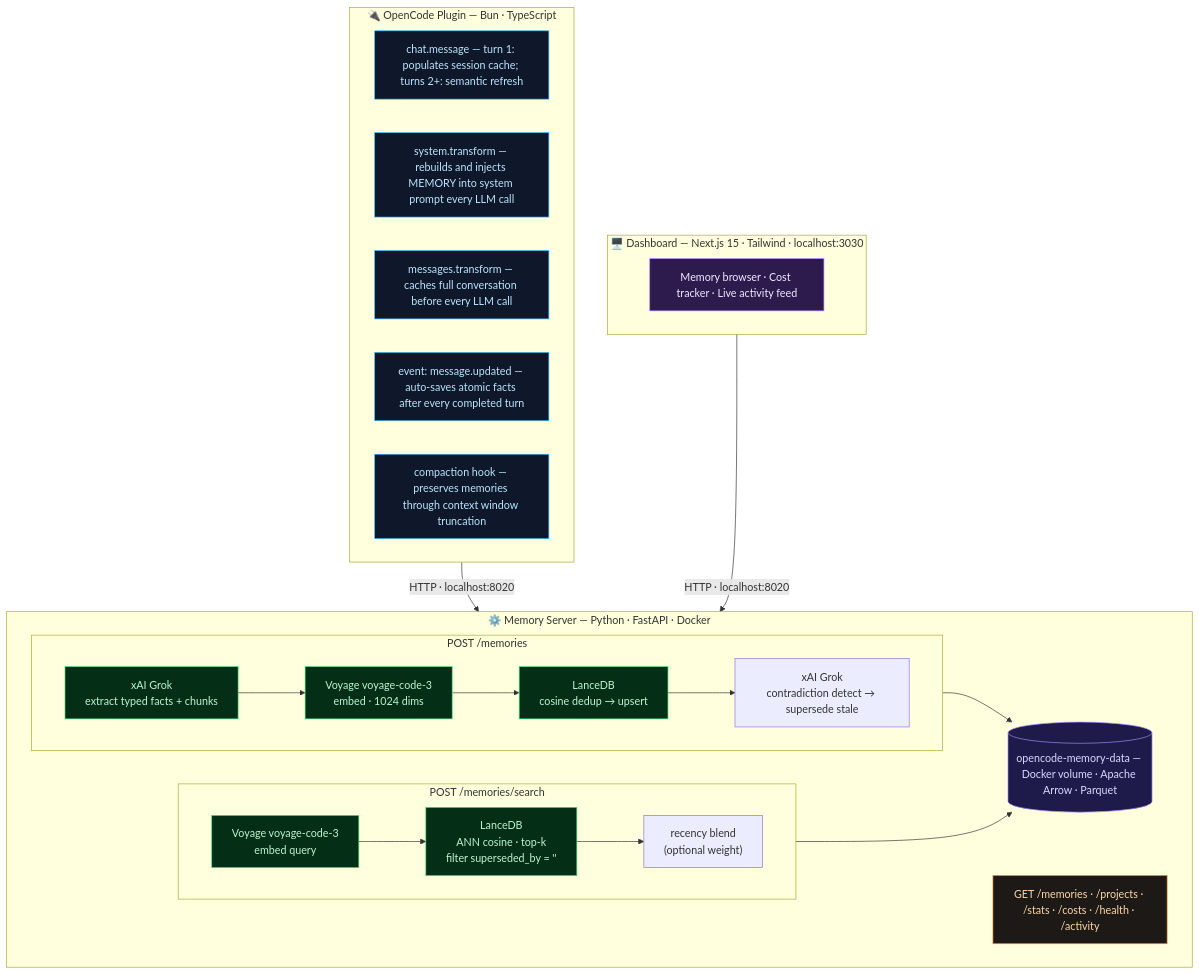
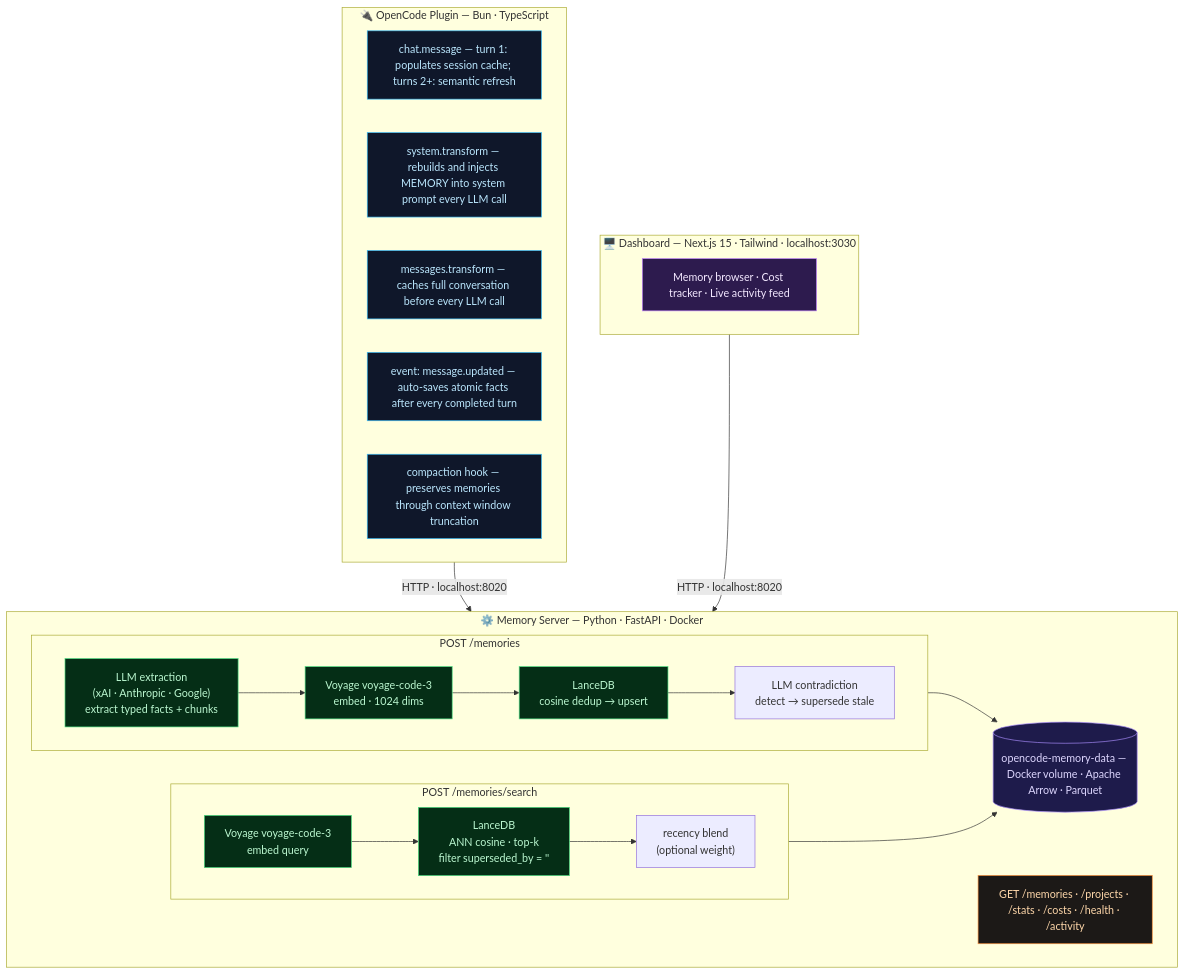
Before and after one commit to prosperitypirate/opencode-memory: the diagram in README.md, drawn with Mermaid. The commit also changed other lines of this file and 19 other files, not shown here.

````diff
--- a/README.md
+++ b/README.md
@@ -389,45 +508,45 @@
 ```mermaid
 flowchart TD
     subgraph PLUGIN["🔌 OpenCode Plugin — Bun · TypeScript"]
         H1["chat.message — turn 1: populates session cache; turns 2+: semantic refresh"]
         H5["system.transform — rebuilds and injects MEMORY into system prompt every LLM call"]
         H2["messages.transform — caches full conversation before every LLM call"]
         H3["event: message.updated — auto-saves atomic facts after every completed turn"]
         H4["compaction hook — preserves memories through context window truncation"]
     end
 
     PLUGIN -->|"HTTP · localhost:8020"| SERVER
 
     subgraph SERVER["⚙️ Memory Server — Python · FastAPI · Docker"]
         subgraph WRITE["POST /memories"]
             direction LR
-            W1["xAI Grok<br/>extract typed facts + chunks"] --> W2["Voyage voyage-code-3<br/>embed · 1024 dims"] --> W3["LanceDB<br/>cosine dedup → upsert"] --> W4["xAI Grok<br/>contradiction detect → supersede stale"]
+            W1["LLM extraction<br/>(xAI · Anthropic · Google)<br/>extract typed facts + chunks"] --> W2["Voyage voyage-code-3<br/>embed · 1024 dims"] --> W3["LanceDB<br/>cosine dedup → upsert"] --> W4["LLM contradiction<br/>detect → supersede stale"]
         end
         subgraph FIND["POST /memories/search"]
             direction LR
             F1["Voyage voyage-code-3<br/>embed query"] --> F2["LanceDB<br/>ANN cosine · top-k<br/>filter superseded_by = ''"] --> F3["recency blend<br/>(optional weight)"]
         end
         REST["GET /memories · /projects · /stats · /costs · /health · /activity"]
         VOL[("opencode-memory-data — Docker volume · Apache Arrow · Parquet")]
         WRITE --> VOL
         FIND --> VOL
     end
 
     DASH -->|"HTTP · localhost:8020"| SERVER
 
     subgraph DASH["🖥️ Dashboard — Next.js 15 · Tailwind · localhost:3030"]
         UI["Memory browser · Cost tracker · Live activity feed"]
     end
 
     classDef hook fill:#0f172a,stroke:#38bdf8,color:#bae6fd
     classDef ai   fill:#052e16,stroke:#4ade80,color:#bbf7d0
     classDef rest fill:#1c1917,stroke:#fb923c,color:#fed7aa
     classDef db   fill:#1e1b4b,stroke:#a78bfa,color:#ddd6fe
     classDef ui   fill:#2d1b4e,stroke:#c084fc,color:#f3e8ff
 
     class H1,H2,H3,H4,H5 hook
     class W1,W2,W3,F1,F2 ai
     class REST rest
     class VOL db
     class UI ui
 ```
````
